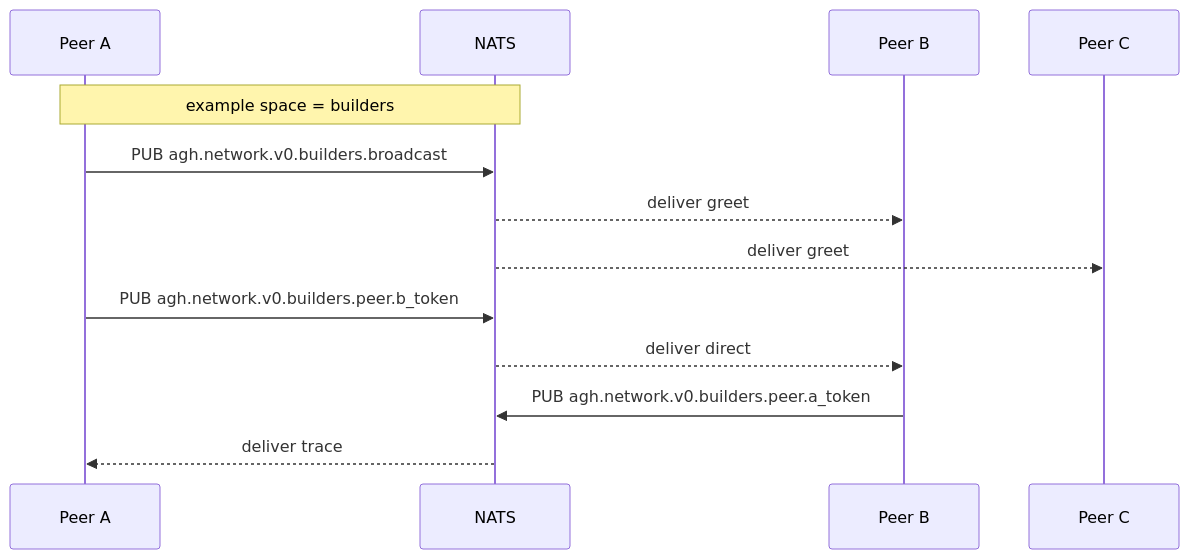
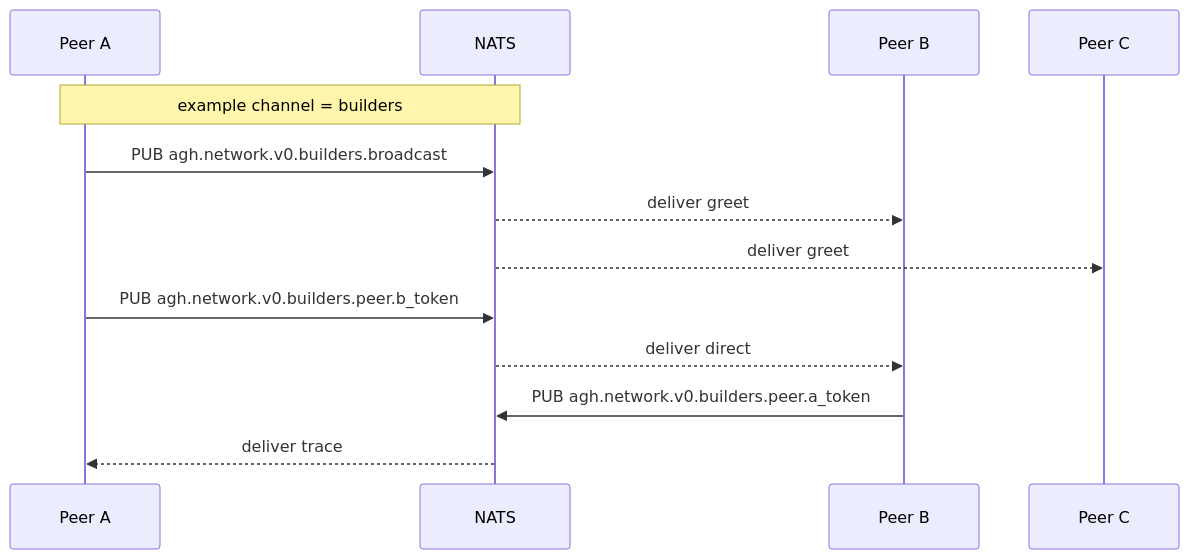
One commit to compozy/agh changed the fifth of 7 diagrams in docs/rfcs/003_agh-network-v0.md. Above: the diagram before and after it, drawn with Mermaid. The commit also changed other lines of this file and 223 other files, not shown here.

````diff
--- a/docs/rfcs/003_agh-network-v0.md
+++ b/docs/rfcs/003_agh-network-v0.md
@@ -742,18 +742,18 @@
 ```mermaid
 sequenceDiagram
     participant A as Peer A
     participant NATS as NATS
     participant B as Peer B
     participant C as Peer C
 
-    Note over A,NATS: example space = builders
+    Note over A,NATS: example channel = builders
     A->>NATS: PUB agh.network.v0.builders.broadcast
     NATS-->>B: deliver greet
     NATS-->>C: deliver greet
 
     A->>NATS: PUB agh.network.v0.builders.peer.b_token
     NATS-->>B: deliver direct
 
     B->>NATS: PUB agh.network.v0.builders.peer.a_token
     NATS-->>A: deliver trace
 ```
````
